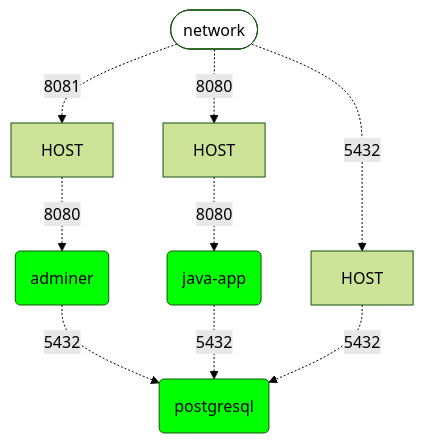
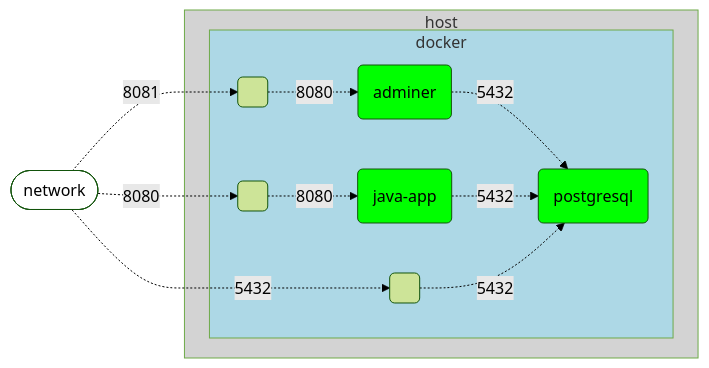
One commit to Fradantim/docker-workshop changed the diagram in README.md. Above: the diagram before and after it, drawn with Mermaid (forest theme).

````diff
--- a/README.md
+++ b/README.md
@@ -187,18 +187,24 @@
 ```mermaid
-  flowchart TD
-      B(postgresql)
-      A(adminer) -.->|5432|B
-      J(java-app) -.->|5432|B
-      
-      HB[HOST] -.->|5432|B
-      HA[HOST] -.->|8080|A
-      HJ[HOST] -.->|8080|J
+  flowchart LR
+    subgraph host
+      subgraph docker
+        B(postgresql)
+        A(adminer) -.->|5432|B
+        J(java-app) -.->|5432|B
 
-      N([network]) -.->|5432|HB
-      N([network]) -.->|8081|HA
-      N([network]) -.->|8080|HJ
+        HB( ) -.->|5432|B 
+        HA( ) -.->|8080|A
+        HJ( ) -.->|8080|J
+      end
+    end
+    N([network]) -.->|5432|HB
+    N([network]) -.->|8081|HA
+    N([network]) -.->|8080|HJ
 
   classDef container fill:lime;
   class A,J,B container;
   style N fill:white;
+
+  style host fill:lightgrey;
+  style docker fill:lightblue;
 ```
````
